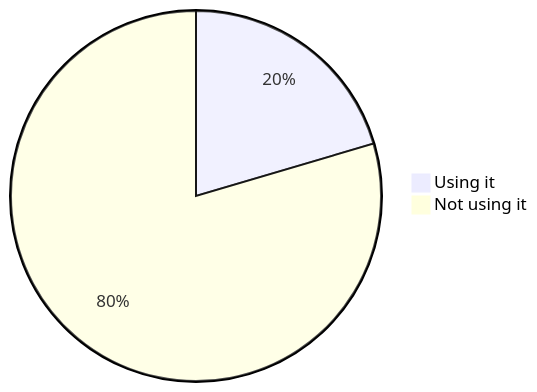
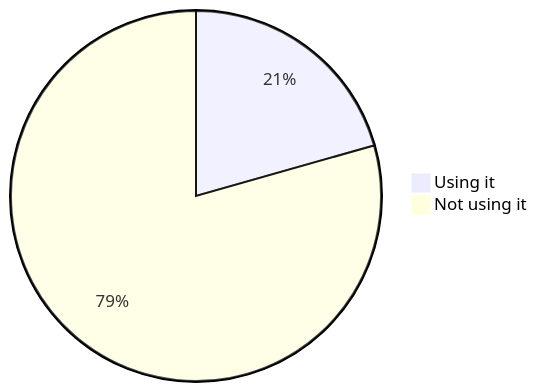
Before and after one commit to oshp/oshp-stats: diagram 18 of 22 in stats.md, drawn with Mermaid. The commit also changed other lines of this file, not shown here.

````diff
--- a/stats.md
+++ b/stats.md
@@ -214,6 +214,6 @@
 ```mermaid
 pie
-	"Using it" : 20.43
-	"Not using it" : 79.57
+	"Using it" : 20.6
+	"Not using it" : 79.4
 
 ```
````
